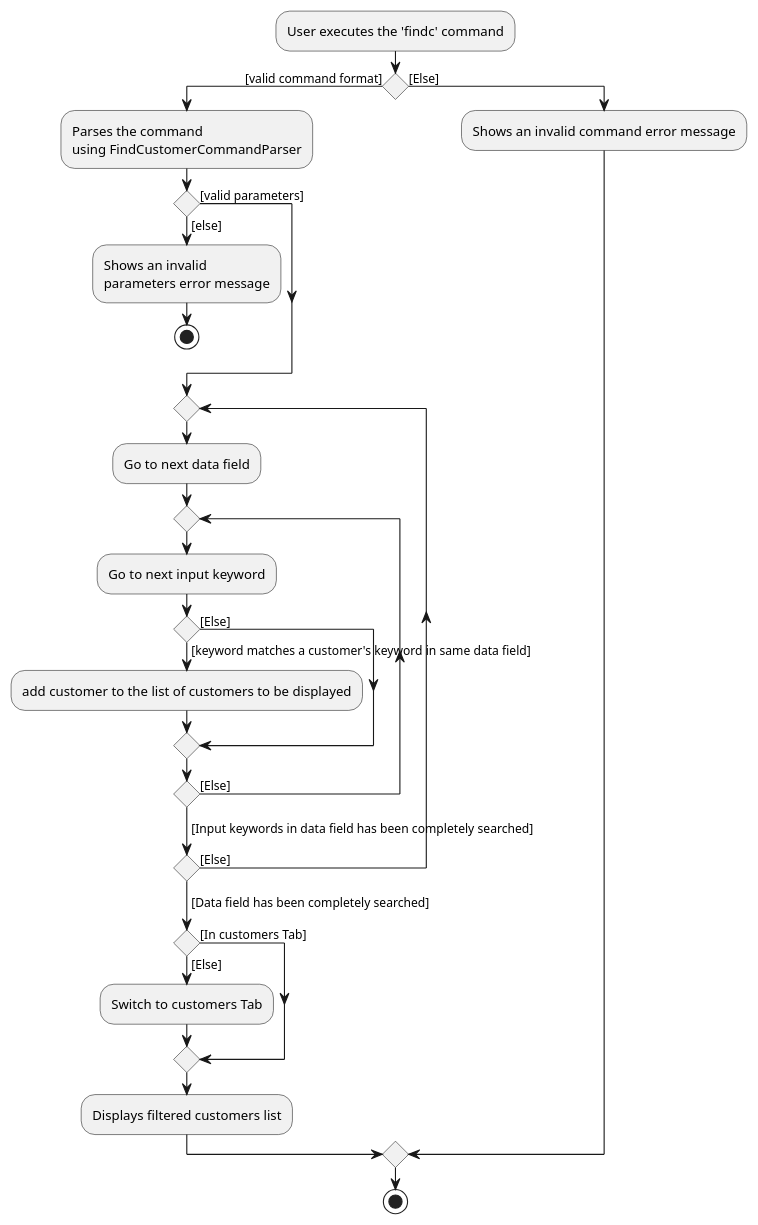
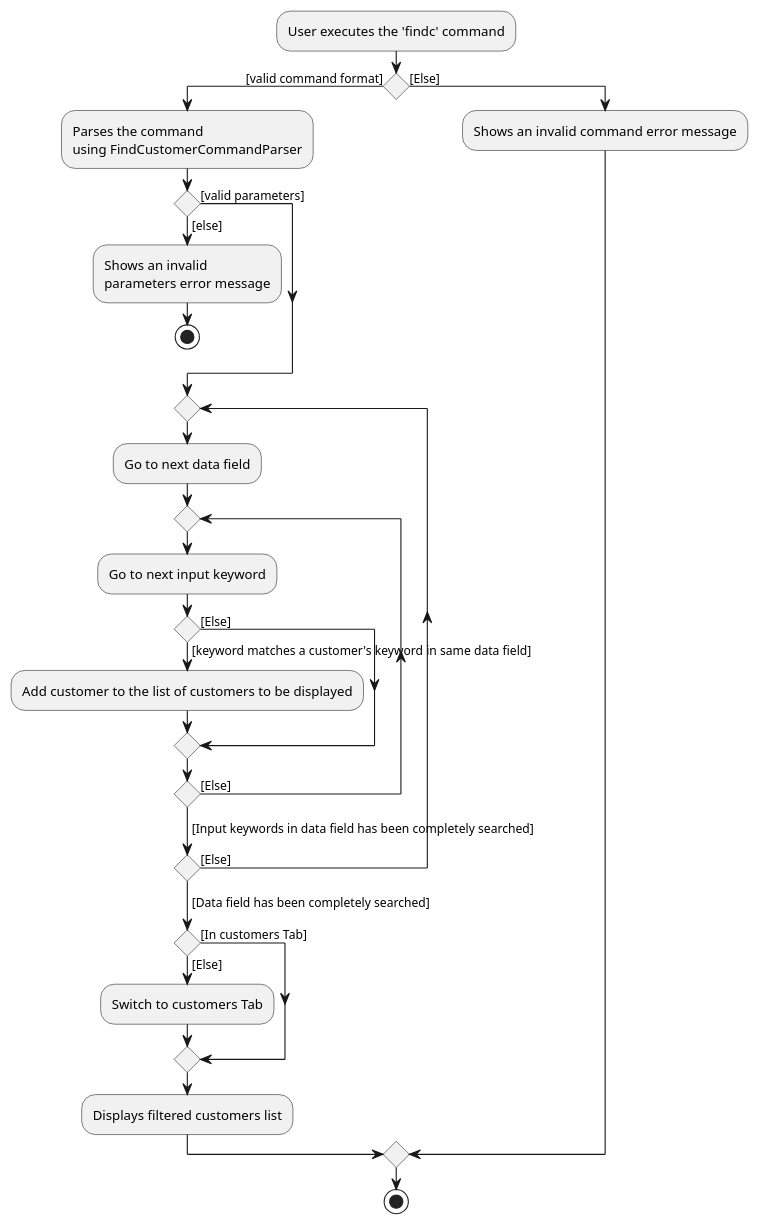
One commit to nus-cs2103-AY2122S2/tp changed the diagram in docs/diagrams/FindCustomerActivityDiagram.puml. Above: the diagram before and after it, drawn with PlantUML. The commit also changed 2 other files, not shown here.

```diff
--- a/docs/diagrams/FindCustomerActivityDiagram.puml
+++ b/docs/diagrams/FindCustomerActivityDiagram.puml
@@ -1,35 +1,35 @@
 @startuml
 :User executes the 'findc' command;
 
 'Since the beta syntax does not support placing the condition outside the
 'diamond we place it as the true branch instead.
 
 if () then ([valid command format])
     :Parses the command\nusing FindCustomerCommandParser;
     if () then ([valid parameters])
     else ([else])
         :Shows an invalid\nparameters error message;
         stop
     endif
     repeat
         :Go to next data field;
         repeat
             :Go to next input keyword;
             if () then ([keyword matches a customer's keyword in same data field])
-                :add customer to the list of customers to be displayed;
+                :Add customer to the list of customers to be displayed;
             else ([Else])
             endif
         repeat while () is ([Else])
         ->[Input keywords in data field has been completely searched];
     repeat while () is ([Else])
     ->[Data field has been completely searched];
     if () then ([Else])
         :Switch to customers Tab;
     else ([In customers Tab])
     endif
     :Displays filtered customers list;
 else ([Else])
     :Shows an invalid command error message;
 endif
 stop
 @enduml
```
